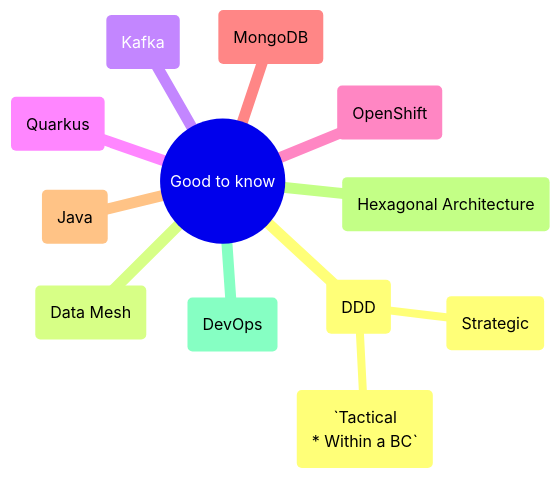
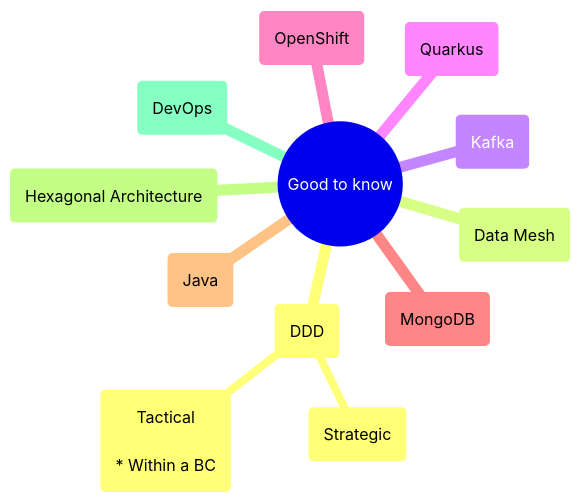
Before and after one commit to mhaspra/mindmaps: the diagram in README.md, drawn with Mermaid.

````diff
--- a/README.md
+++ b/README.md
@@ -2,16 +2,16 @@
 ```mermaid
  mindmap
   root((Good to know))
    (DDD)
     (Strategic)
-    ("ˋTactical
-* Within a BCˋ")
+    (Tactical
+<br>* Within a BC)
    (Data Mesh)
    (Kafka)
    (Quarkus)
    (OpenShift)
    (MongoDB)
    (Java)
    (Hexagonal Architecture)
    (DevOps)
 ```
````
